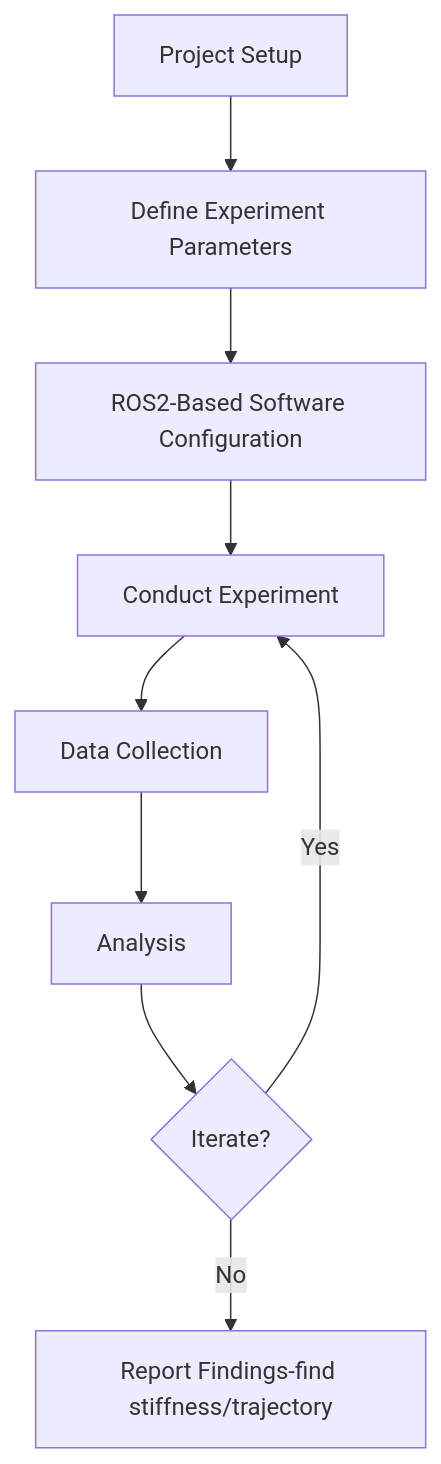
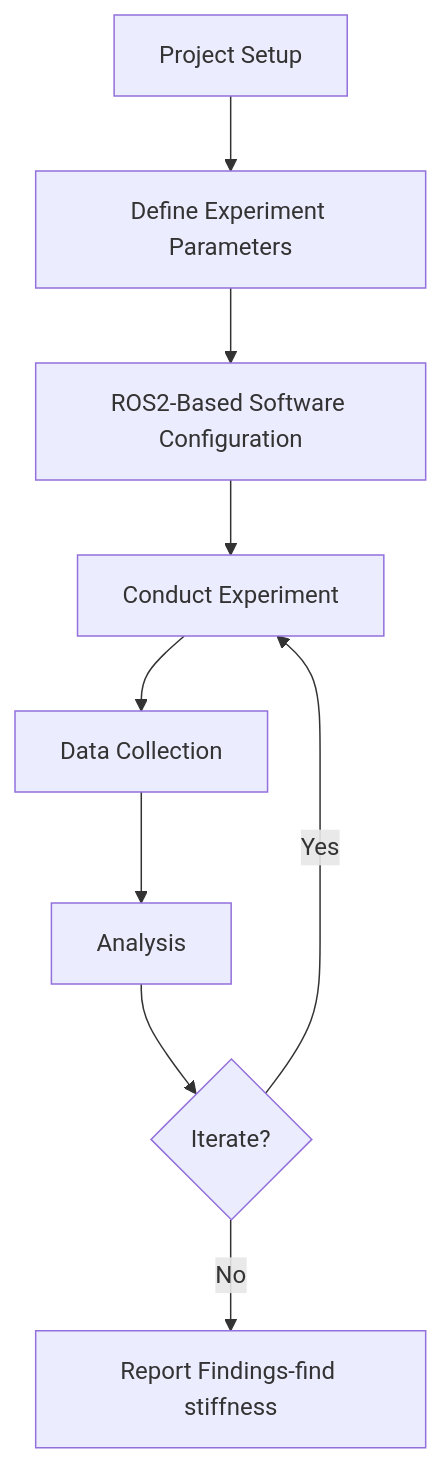
One commit to RAS598-2025-S-Team04-v1/RAS598-2025-S-Team04 changed the diagram in docs/ForceGauge.md. Above: the diagram before and after it, drawn with Mermaid. The commit also changed other lines of this file and 2 other files, not shown here.

````diff
--- a/docs/ForceGauge.md
+++ b/docs/ForceGauge.md
@@ -11,11 +11,11 @@
 ``` mermaid
 graph TD
     A[Project Setup] --> B[Define Experiment Parameters]
     B --> C[ROS2-Based Software Configuration]
     C --> D[Conduct Experiment]
     D --> E[Data Collection]
     E --> F[Analysis]
     F --> G{Iterate?}
     G -->|Yes| D
-    G -->|No| H[Report Findings-find stiffness/trajectory]
+    G -->|No| H[Report Findings-find stiffness]
 ```
````
